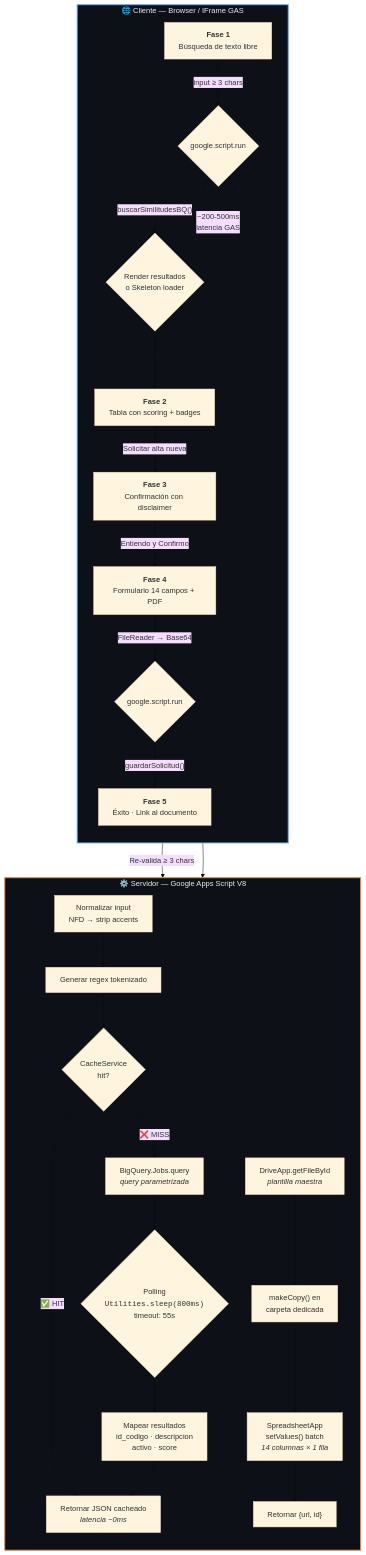
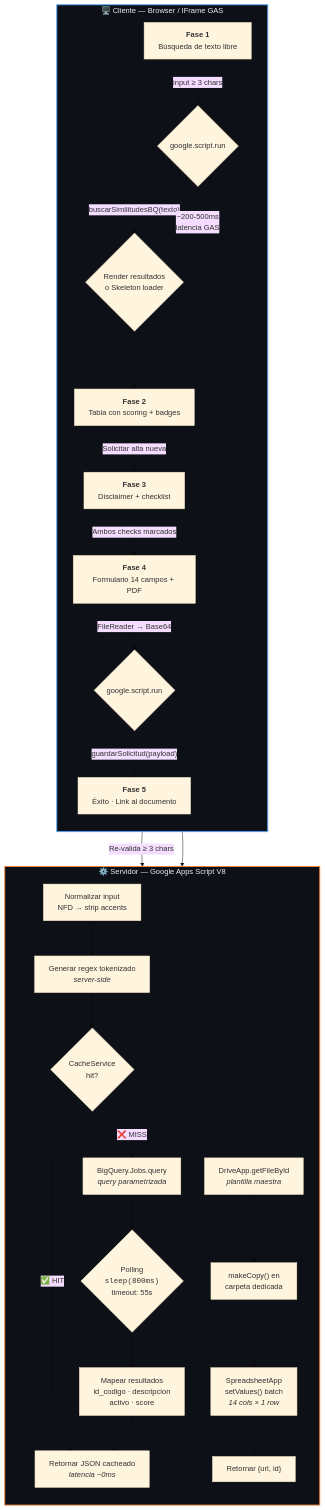
Before and after one commit to jlangarica/catAPPSCRIPT: the diagram in README.md, drawn with Mermaid (base theme). The commit also changed other lines of this file, not shown here.

````diff
--- a/README.md
+++ b/README.md
@@ -138,34 +244,34 @@
 ```mermaid
 flowchart TD
-    subgraph CLIENTE["🌐 Cliente — Browser / IFrame GAS"]
+    subgraph CLIENTE["🖥️ Cliente — Browser / IFrame GAS"]
         direction TB
         A["<b>Fase 1</b><br/>Búsqueda de texto libre"] -->|"input ≥ 3 chars"| B{"google.script.run"}
-        B -->|"buscarSimilitudesBQ()"| C{"Render resultados<br/>o Skeleton loader"}
+        B -->|"buscarSimilitudesBQ(texto)"| C{"Render resultados<br/>o Skeleton loader"}
         C --> D["<b>Fase 2</b><br/>Tabla con scoring + badges"]
-        D -->|"Solicitar alta nueva"| E["<b>Fase 3</b><br/>Confirmación con disclaimer"]
-        E -->|"Entiendo y Confirmo"| F["<b>Fase 4</b><br/>Formulario 14 campos + PDF"]
+        D -->|"Solicitar alta nueva"| E["<b>Fase 3</b><br/>Disclaimer + checklist"]
+        E -->|"Ambos checks marcados"| F["<b>Fase 4</b><br/>Formulario 14 campos + PDF"]
         F -->|"FileReader → Base64"| G{"google.script.run"}
-        G -->|"guardarSolicitud()"| H["<b>Fase 5</b><br/>Éxito · Link al documento"]
+        G -->|"guardarSolicitud(payload)"| H["<b>Fase 5</b><br/>Éxito · Link al documento"]
     end
 
     subgraph SERVIDOR["⚙️ Servidor — Google Apps Script V8"]
         direction TB
         B -->|"Re-valida ≥ 3 chars"| I["Normalizar input<br/>NFD → strip accents"]
-        I --> J["Generar regex tokenizado"]
+        I --> J["Generar regex tokenizado<br/><i>server-side</i>"]
         J --> K{"CacheService<br/>hit?"}
         K -->|"✅ HIT"| L["Retornar JSON cacheado<br/><i>latencia ~0ms</i>"]
         K -->|"❌ MISS"| M["BigQuery.Jobs.query<br/><i>query parametrizada</i>"]
-        M --> N{"Polling<br/><code>Utilities.sleep(800ms)</code><br/>timeout: 55s"}
+        M --> N{"Polling<br/><code>sleep(800ms)</code><br/>timeout: 55s"}
         N --> O["Mapear resultados<br/>id_codigo · descripcion<br/>activo · score"]
         O --> L
         G --> P["DriveApp.getFileById<br/><i>plantilla maestra</i>"]
         P --> Q["makeCopy() en<br/>carpeta dedicada"]
-        Q --> R["SpreadsheetApp<br/>setValues() batch<br/><i>14 columnas × 1 fila</i>"]
+        Q --> R["SpreadsheetApp<br/>setValues() batch<br/><i>14 cols × 1 row</i>"]
         R --> S["Retornar {url, id}"]
     end
 
     B -.->|"~200-500ms<br/>latencia GAS"| B
 
     style CLIENTE fill:#0d1117,stroke:#58a6ff,stroke-width:2px,color:#e6edf3
     style SERVIDOR fill:#0d1117,stroke:#f0883e,stroke-width:2px,color:#e6edf3
 ```
````
